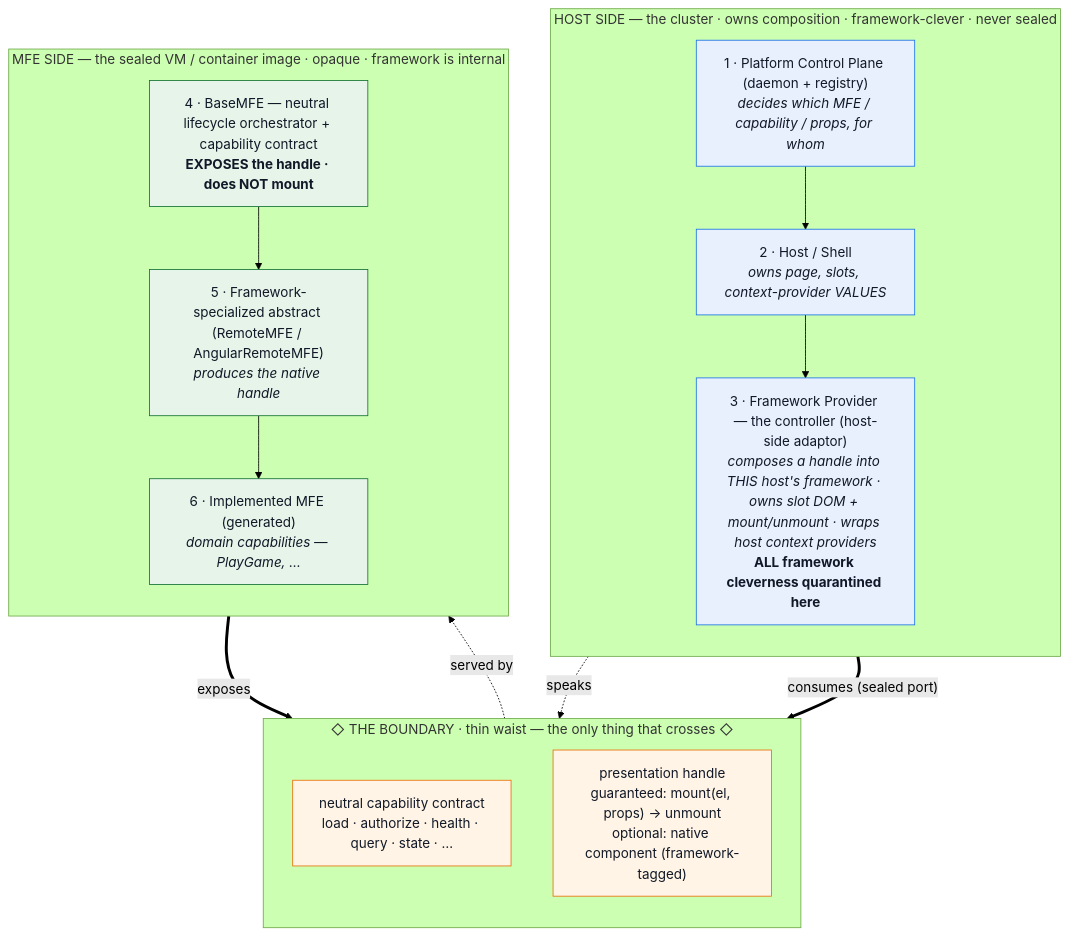
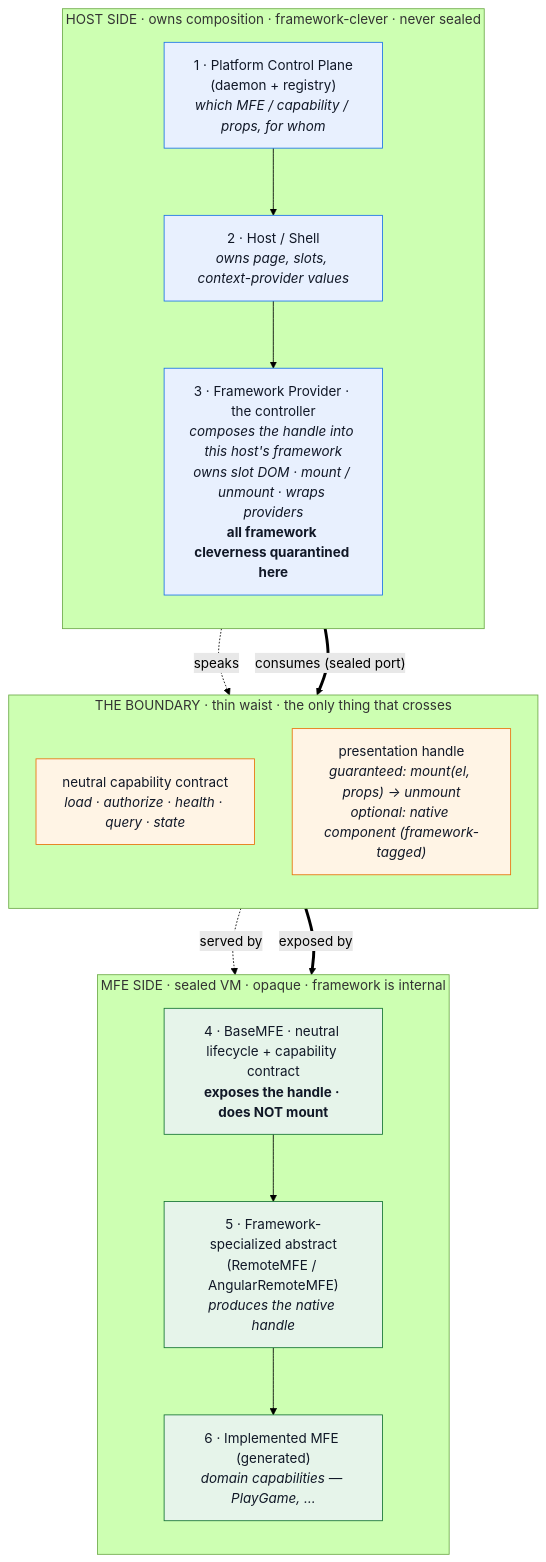
Before and after one commit to falese/seans-mfe-tool: the diagram in docs/architecture-decisions/ADR-056-mfe-presentation-boundary.md, drawn with Mermaid (forest theme).

Commit message:
docs(adr): fix ADR-056 mermaid layout — strictly downward cross-waist edges
Boxes overlapped because BASE ==> HANDLE routed upward against the top-down
layout. Make every cross-subgraph edge flow downward (HOST -> waist -> MFE):
provider consumes the handle, handle is exposed-by BaseMFE, forming one clean
vertical chain. The provider now connects ONLY to the handle, never to
BaseMFE directly — which states the sealed-port semantic more precisely.
Adds nodeSpacing/rankSpacing init, trims long labels and subgraph titles that
were widening the boxes.

Refs #206

https://claude.ai/code/session_01TLh3qoY2PSybeKeyL3Kr58

````diff
--- a/docs/architecture-decisions/ADR-056-mfe-presentation-boundary.md
+++ b/docs/architecture-decisions/ADR-056-mfe-presentation-boundary.md
@@ -56,37 +56,39 @@
 ```mermaid
+%%{init: {'flowchart': {'nodeSpacing': 45, 'rankSpacing': 55}}}%%
 flowchart TB
-    subgraph HOST["HOST SIDE — the cluster · owns composition · framework-clever · never sealed"]
+    subgraph HOST["HOST SIDE · owns composition · framework-clever · never sealed"]
         direction TB
-        CP["1 · Platform Control Plane (daemon + registry)<br/><i>decides which MFE / capability / props, for whom</i>"]
-        SHELL["2 · Host / Shell<br/><i>owns page, slots, context-provider VALUES</i>"]
-        FP["3 · Framework Provider — the controller (host-side adaptor)<br/><i>composes a handle into THIS host's framework · owns slot DOM + mount/unmount · wraps host context providers</i><br/><b>ALL framework cleverness quarantined here</b>"]
+        CP["1 · Platform Control Plane<br/>(daemon + registry)<br/><i>which MFE / capability / props, for whom</i>"]
+        SHELL["2 · Host / Shell<br/><i>owns page, slots, context-provider values</i>"]
+        FP["3 · Framework Provider · the controller<br/><i>composes the handle into this host's framework</i><br/><i>owns slot DOM · mount / unmount · wraps providers</i><br/><b>all framework cleverness quarantined here</b>"]
         CP --> SHELL --> FP
     end
 
-    subgraph WAIST["◇ THE BOUNDARY · thin waist — the only thing that crosses ◇"]
+    subgraph WAIST["THE BOUNDARY · thin waist · the only thing that crosses"]
         direction TB
-        CAP["neutral capability contract<br/>load · authorize · health · query · state · …"]
-        HANDLE["presentation handle<br/>guaranteed: mount(el, props) → unmount<br/>optional: native component (framework-tagged)"]
+        CAP["neutral capability contract<br/><i>load · authorize · health · query · state</i>"]
+        HANDLE["presentation handle<br/><i>guaranteed: mount(el, props) → unmount</i><br/><i>optional: native component (framework-tagged)</i>"]
     end
 
-    subgraph MFE["MFE SIDE — the sealed VM / container image · opaque · framework is internal"]
+    subgraph MFE["MFE SIDE · sealed VM · opaque · framework is internal"]
         direction TB
-        BASE["4 · BaseMFE — neutral lifecycle orchestrator + capability contract<br/><b>EXPOSES the handle · does NOT mount</b>"]
-        ABS["5 · Framework-specialized abstract (RemoteMFE / AngularRemoteMFE)<br/><i>produces the native handle</i>"]
+        BASE["4 · BaseMFE · neutral lifecycle + capability contract<br/><b>exposes the handle · does NOT mount</b>"]
+        ABS["5 · Framework-specialized abstract<br/>(RemoteMFE / AngularRemoteMFE)<br/><i>produces the native handle</i>"]
         IMPL["6 · Implemented MFE (generated)<br/><i>domain capabilities — PlayGame, …</i>"]
         BASE --> ABS --> IMPL
     end
 
-    %% Across the waist: both sides point INTO the boundary, never at each other.
-    CP -. "speaks" .-> CAP
-    CAP -. "served by" .-> BASE
+    %% Every cross-waist edge flows downward: HOST → waist → MFE.
+    %% The provider only ever touches the handle (the sealed port), never BaseMFE.
+    CP -. speaks .-> CAP
     FP == "consumes (sealed port)" ==> HANDLE
-    BASE == "exposes" ==> HANDLE
+    CAP -. served by .-> BASE
+    HANDLE == "exposed by" ==> BASE
 
     classDef host fill:#e8f0fe,stroke:#1a73e8,color:#111827;
     classDef waist fill:#fff4e5,stroke:#e8710a,color:#111827;
     classDef mfe fill:#e6f4ea,stroke:#137333,color:#111827;
     class CP,SHELL,FP host;
     class CAP,HANDLE waist;
     class BASE,ABS,IMPL mfe;
 ```
````
